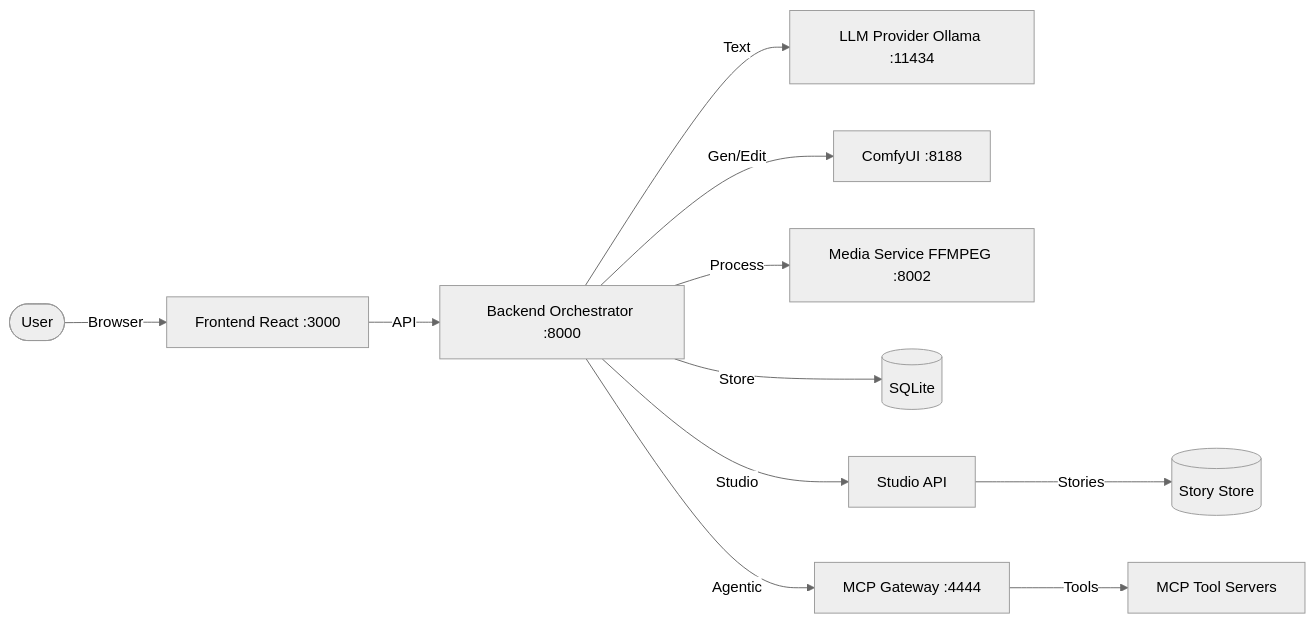
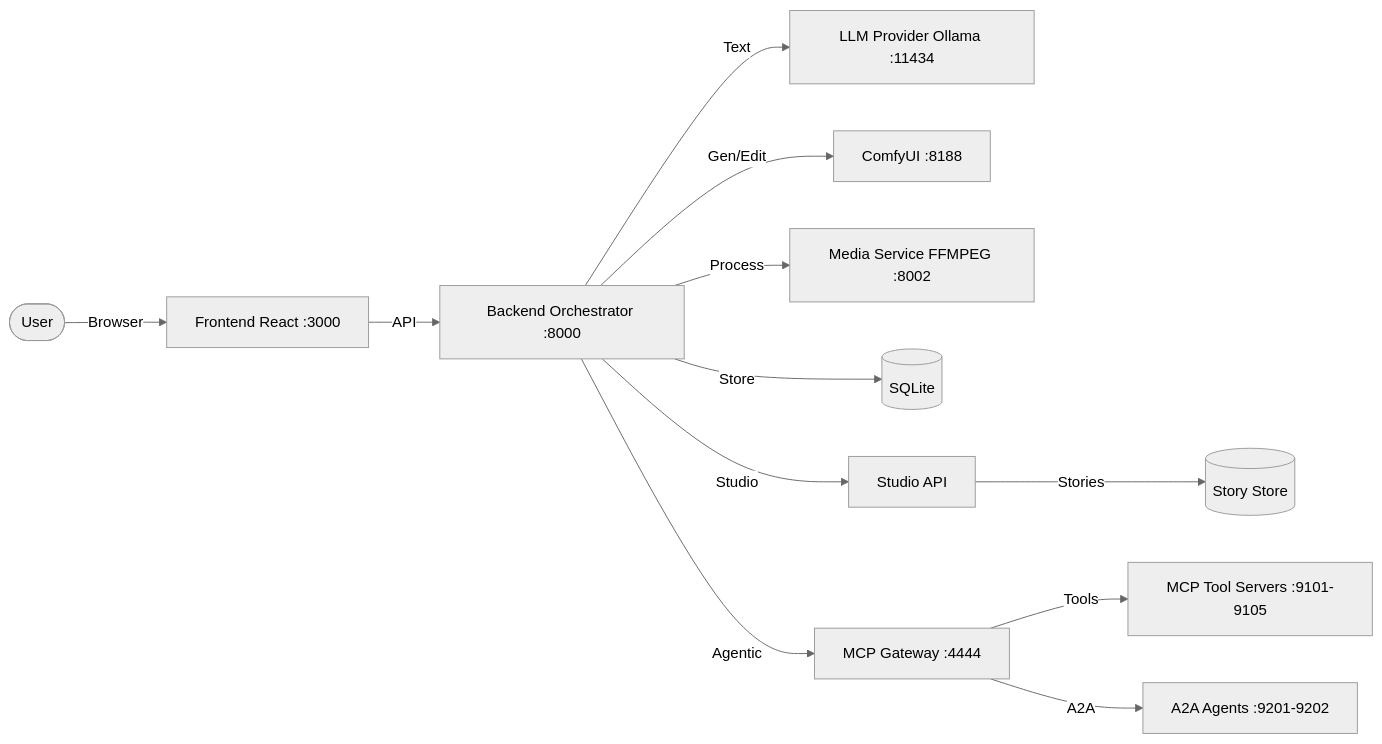
Before and after one commit to ruslanmv/HomePilot: the diagram in README.md, drawn with Mermaid (neutral theme). The commit also changed other lines of this file and 1 other file, not shown here.

First line of the commit message:
Update README and docs with MCP server + A2A agent capabilities

````diff
--- a/README.md
+++ b/README.md
@@ -175,13 +177,14 @@
 ```mermaid
 graph LR
     User([User]) -->|Browser| Frontend[Frontend React :3000]
     Frontend -->|API| Backend[Backend Orchestrator :8000]
     Backend -->|Text| LLM[LLM Provider Ollama :11434]
     Backend -->|Gen/Edit| Comfy[ComfyUI :8188]
     Backend -->|Process| Media[Media Service FFMPEG :8002]
     Backend -->|Store| DB[(SQLite)]
     Backend -->|Studio| Studio[Studio API]
     Backend -->|Agentic| MCP[MCP Gateway :4444]
-    MCP -->|Tools| Servers[MCP Tool Servers]
+    MCP -->|Tools| Servers[MCP Tool Servers :9101-9105]
+    MCP -->|A2A| Agents[A2A Agents :9201-9202]
     Studio -->|Stories| StoryDB[(Story Store)]
 ```
````
